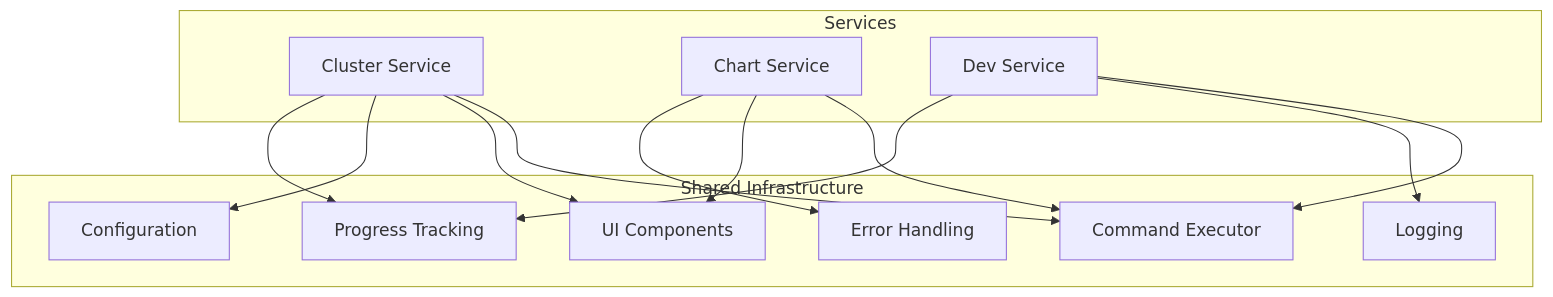
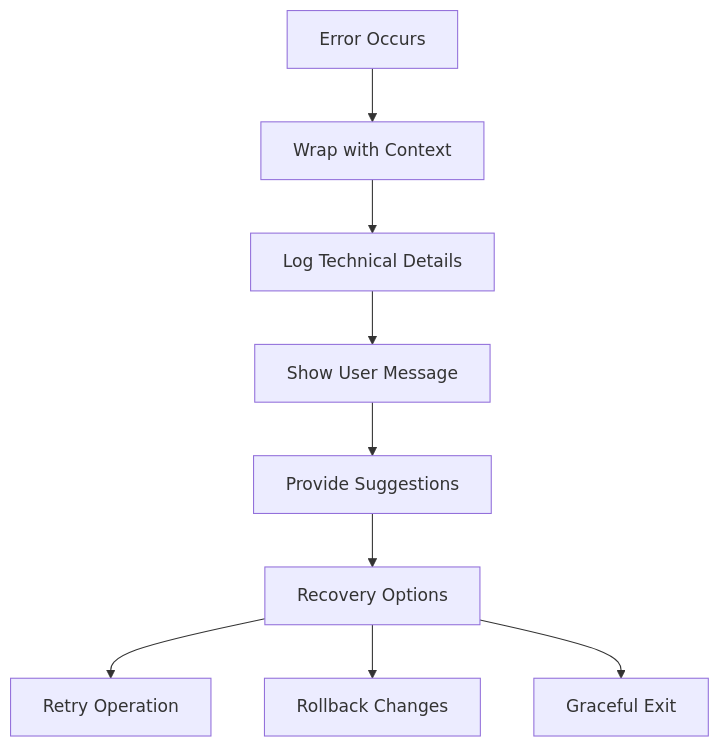
Before and after one commit to flamingo-stack/openframe-cli: the sixth of 8 diagrams in docs/development/architecture/overview.md, drawn with Mermaid. The commit also changed other lines of this file and 51 other files, not shown here.

````diff
--- a/docs/development/architecture/overview.md
+++ b/docs/development/architecture/overview.md
@@ -341,30 +495,12 @@
 ```mermaid
 graph TB
-    subgraph "Shared Infrastructure"
-        Executor[Command Executor]
-        UI[UI Components]
-        Config[Configuration]
-        Errors[Error Handling]
-        Logger[Logging]
-        Progress[Progress Tracking]
-    end
+    ERROR[Error Occurs] --> WRAP[Wrap with Context]
+    WRAP --> LOG[Log Technical Details]
+    LOG --> USER[Show User Message]
+    USER --> SUGGEST[Provide Suggestions]
+    SUGGEST --> RECOVER[Recovery Options]
     
-    subgraph "Services"
-        ClusterSvc[Cluster Service]
-        ChartSvc[Chart Service]
-        DevSvc[Dev Service]
-    end
-    
-    ClusterSvc --> Executor
-    ClusterSvc --> UI
-    ClusterSvc --> Config
-    ClusterSvc --> Progress
-    
-    ChartSvc --> Executor
-    ChartSvc --> UI  
-    ChartSvc --> Errors
-    
-    DevSvc --> Executor
-    DevSvc --> Logger
-    DevSvc --> Progress
+    RECOVER --> RETRY[Retry Operation]
+    RECOVER --> ROLLBACK[Rollback Changes]
+    RECOVER --> EXIT[Graceful Exit]
 ```
````
